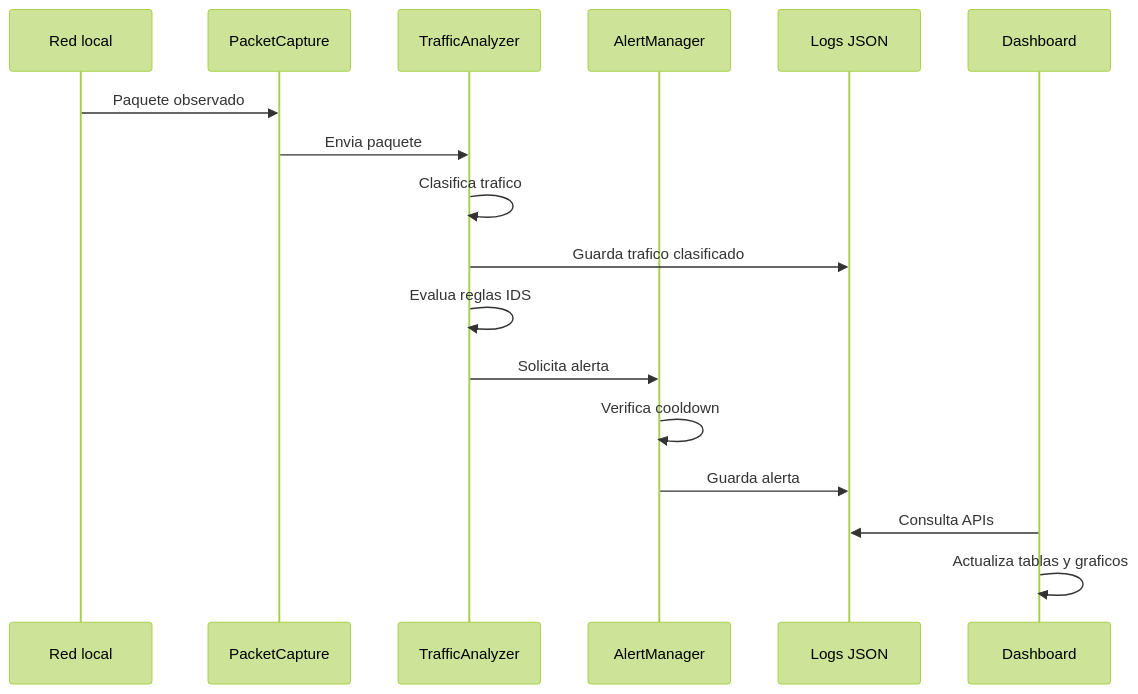
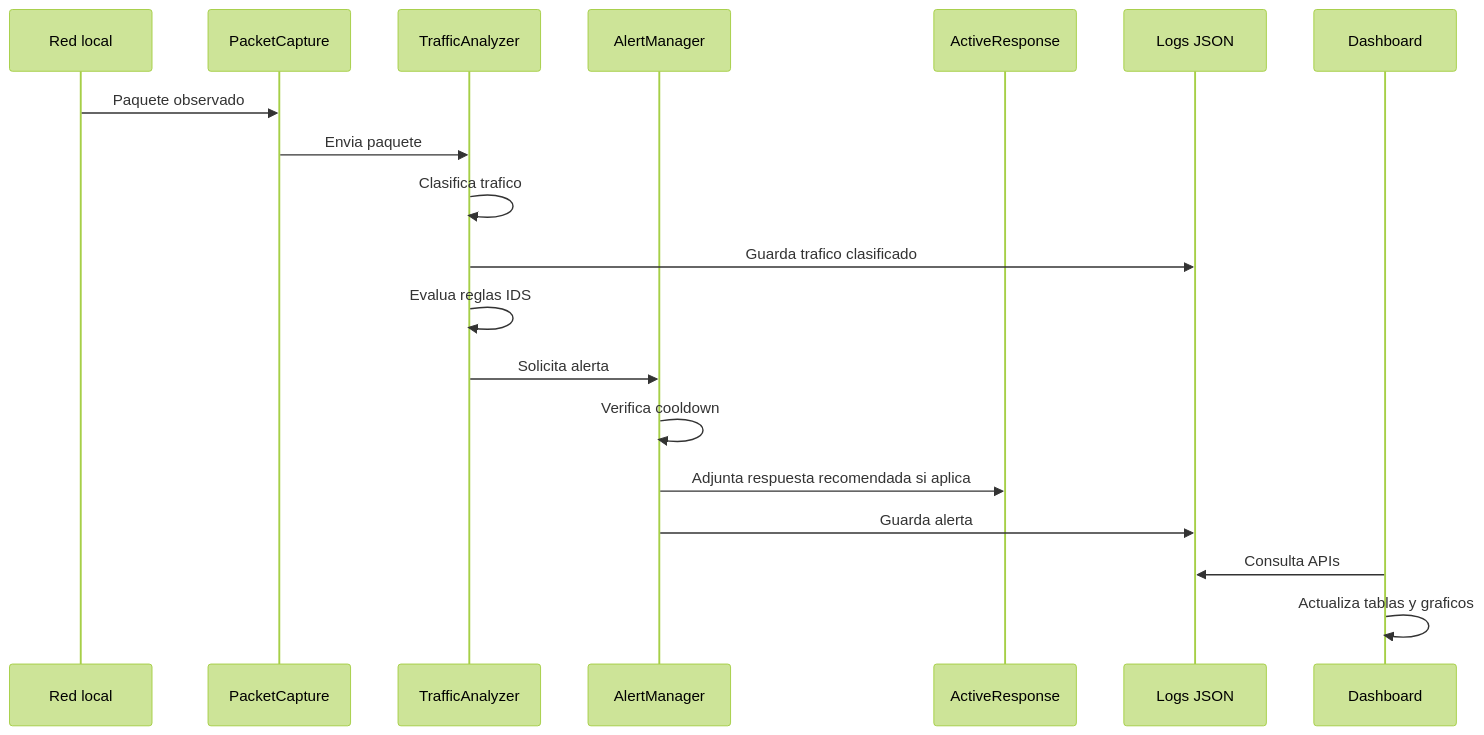
One commit to UPT-FAING-EPIS/proyecto-si784-2026-i-u3-ids-sistema-deteccion-de-instrusos_u3 changed the third of 5 diagrams in docs/FD04-Informe-Arquitectura de Software.md. Above: the diagram before and after it, drawn with Mermaid (forest theme). The commit also changed other lines of this file and 5 other files, not shown here.

````diff
--- a/docs/FD04-Informe-Arquitectura de Software.md
+++ b/docs/FD04-Informe-Arquitectura de Software.md
@@ -92,20 +108,22 @@
 ```mermaid
 sequenceDiagram
     participant Red as Red local
     participant Cap as PacketCapture
     participant Ana as TrafficAnalyzer
     participant Alert as AlertManager
+    participant Resp as ActiveResponse
     participant Log as Logs JSON
     participant Web as Dashboard
 
     Red->>Cap: Paquete observado
     Cap->>Ana: Envia paquete
     Ana->>Ana: Clasifica trafico
     Ana->>Log: Guarda trafico clasificado
     Ana->>Ana: Evalua reglas IDS
     Ana->>Alert: Solicita alerta
     Alert->>Alert: Verifica cooldown
+    Alert->>Resp: Adjunta respuesta recomendada si aplica
     Alert->>Log: Guarda alerta
     Web->>Log: Consulta APIs
     Web->>Web: Actualiza tablas y graficos
 ```
````
